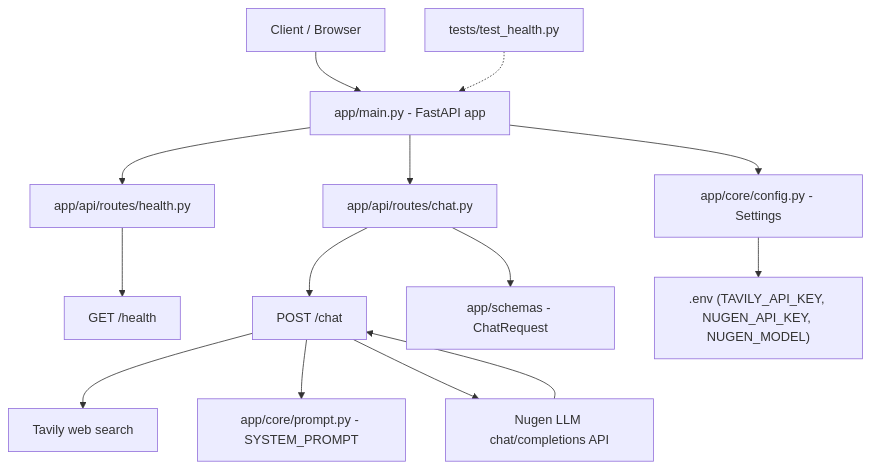
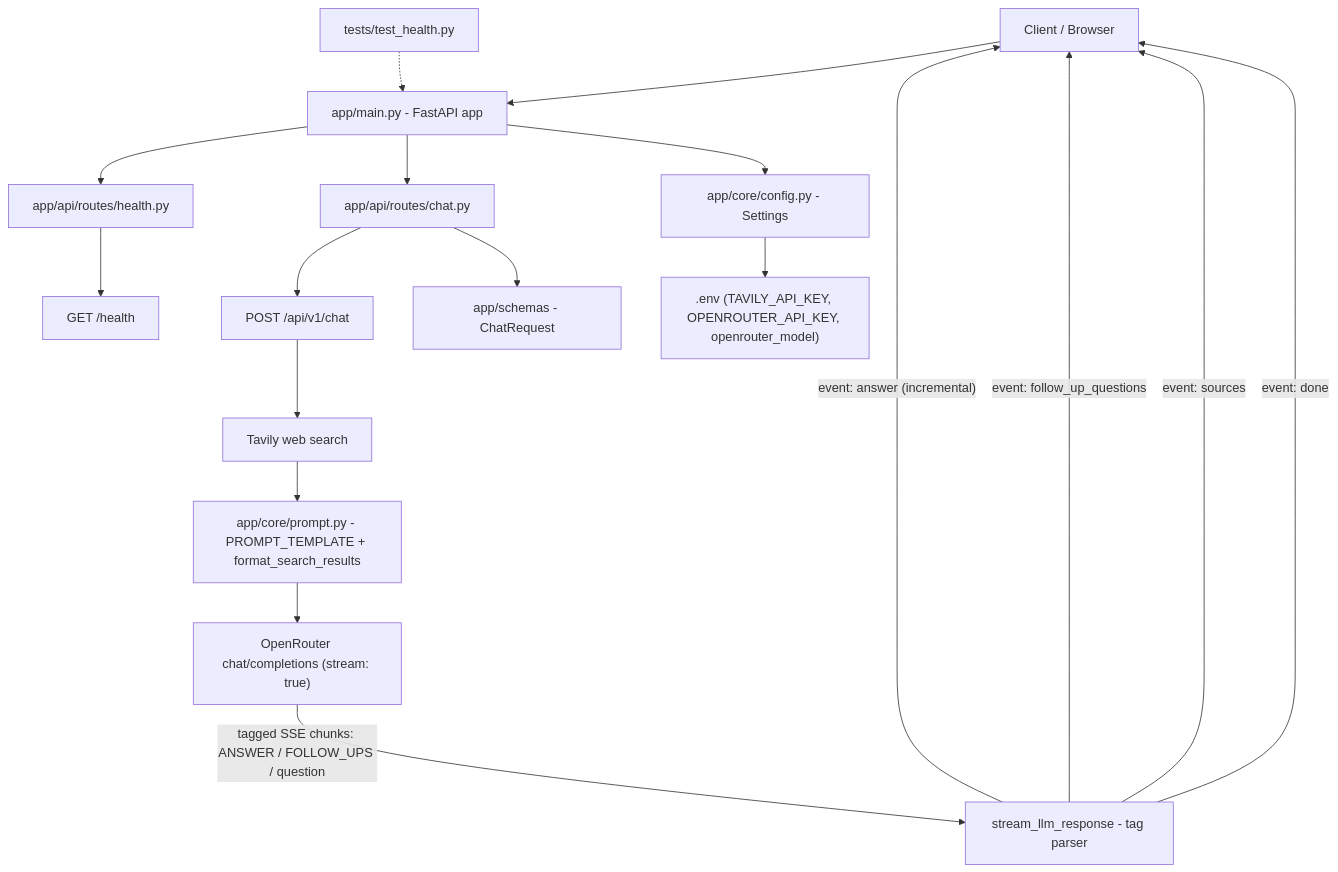
The diagram in backend/flowdiagram.md (vibhaw1904/websearchengine), drawn with Mermaid before and after one commit. The commit also changed other lines of this file and 1 other file, not shown here.

Commit message:
[move]:api/v1/chat

````diff
--- a/backend/flowdiagram.md
+++ b/backend/flowdiagram.md
@@ -8,21 +8,25 @@
 ```mermaid
 flowchart TD
     Client[Client / Browser] --> Main[app/main.py - FastAPI app]
 
     Main --> HealthRouter[app/api/routes/health.py]
     HealthRouter --> HealthEndpoint["GET /health"]
 
     Main --> ChatRouter[app/api/routes/chat.py]
-    ChatRouter --> ChatEndpoint["POST /chat"]
+    ChatRouter --> ChatEndpoint["POST /api/v1/chat"]
     ChatEndpoint --> Tavily[Tavily web search]
-    ChatEndpoint --> SystemPrompt[app/core/prompt.py - SYSTEM_PROMPT]
-    ChatEndpoint --> Nugen[Nugen LLM chat/completions API]
-    Nugen --> ChatEndpoint
+    Tavily --> PromptBuild[app/core/prompt.py - PROMPT_TEMPLATE + format_search_results]
+    PromptBuild --> OpenRouter["OpenRouter chat/completions (stream: true)"]
+    OpenRouter -- "tagged SSE chunks: ANSWER / FOLLOW_UPS / question" --> TagParser[stream_llm_response - tag parser]
+    TagParser -- "event: answer (incremental)" --> Client
+    TagParser -- "event: follow_up_questions" --> Client
+    TagParser -- "event: sources" --> Client
+    TagParser -- "event: done" --> Client
 
     Main --> Config[app/core/config.py - Settings]
-    Config --> EnvFile[".env (TAVILY_API_KEY, NUGEN_API_KEY, NUGEN_MODEL)"]
+    Config --> EnvFile[".env (TAVILY_API_KEY, OPENROUTER_API_KEY, openrouter_model)"]
 
     ChatRouter --> Schemas[app/schemas - ChatRequest]
 
     Tests[tests/test_health.py] -.-> Main
 ```
````
